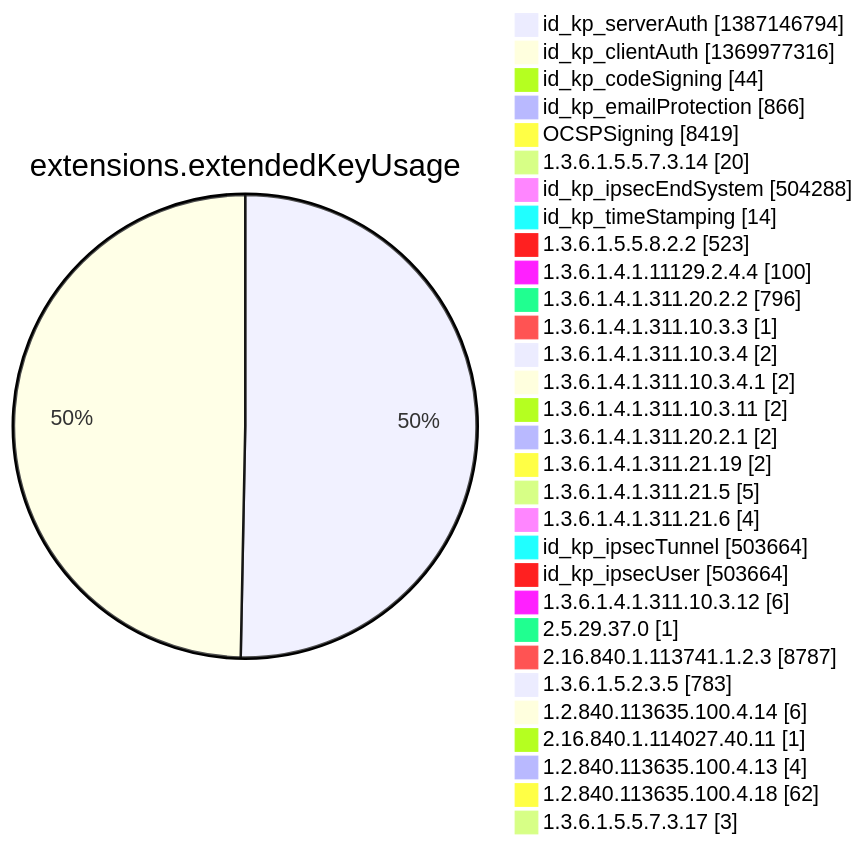
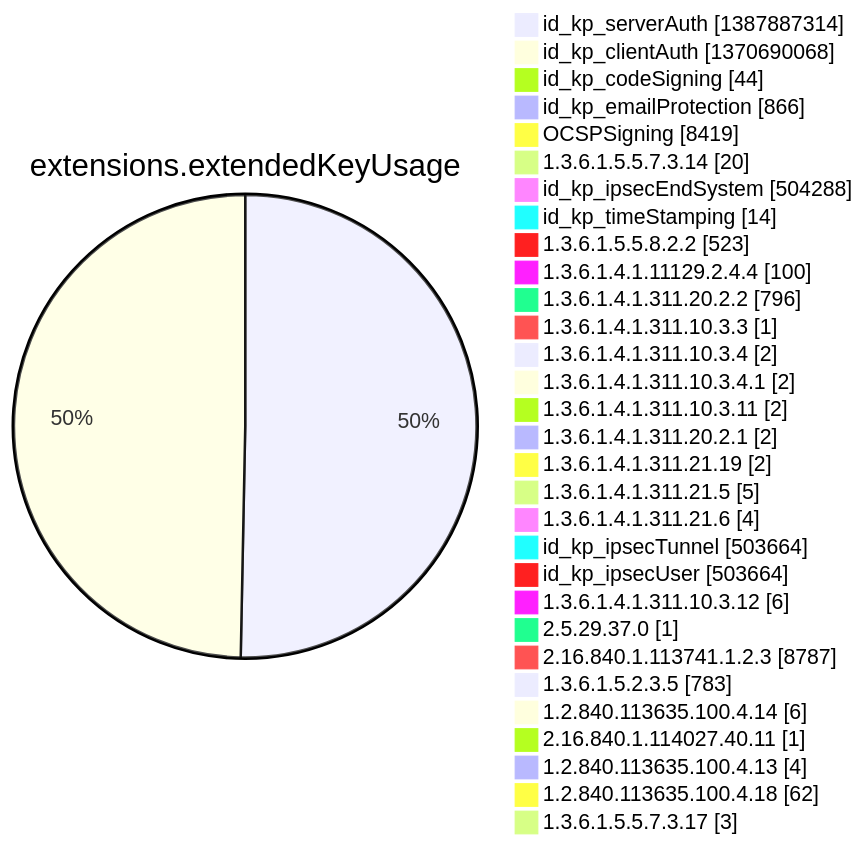
Diagram 12 of 15 in argon2022/README.md (christiankrug/ctmonitor_visualization), drawn with Mermaid before and after one commit. The commit also changed other lines of this file, not shown here.

````diff
--- a/argon2022/README.md
+++ b/argon2022/README.md
@@ -3554,34 +3554,34 @@
 ```mermaid
 pie showData
 title extensions.extendedKeyUsage
-"id_kp_serverAuth" :1387146794
-"id_kp_clientAuth" :1369977316
+"id_kp_serverAuth" :1387887314
+"id_kp_clientAuth" :1370690068
 "id_kp_codeSigning" :44
 "id_kp_emailProtection" :866
 "OCSPSigning" :8419
 "1.3.6.1.5.5.7.3.14" :20
 "id_kp_ipsecEndSystem" :504288
 "id_kp_timeStamping" :14
 "1.3.6.1.5.5.8.2.2" :523
 "1.3.6.1.4.1.11129.2.4.4" :100
 "1.3.6.1.4.1.311.20.2.2" :796
 "1.3.6.1.4.1.311.10.3.3" :1
 "1.3.6.1.4.1.311.10.3.4" :2
 "1.3.6.1.4.1.311.10.3.4.1" :2
 "1.3.6.1.4.1.311.10.3.11" :2
 "1.3.6.1.4.1.311.20.2.1" :2
 "1.3.6.1.4.1.311.21.19" :2
 "1.3.6.1.4.1.311.21.5" :5
 "1.3.6.1.4.1.311.21.6" :4
 "id_kp_ipsecTunnel" :503664
 "id_kp_ipsecUser" :503664
 "1.3.6.1.4.1.311.10.3.12" :6
 "2.5.29.37.0" :1
 "2.16.840.1.113741.1.2.3" :8787
 "1.3.6.1.5.2.3.5" :783
 "1.2.840.113635.100.4.14" :6
 "2.16.840.1.114027.40.11" :1
 "1.2.840.113635.100.4.13" :4
 "1.2.840.113635.100.4.18" :62
 "1.3.6.1.5.5.7.3.17" :3
 ```
````
